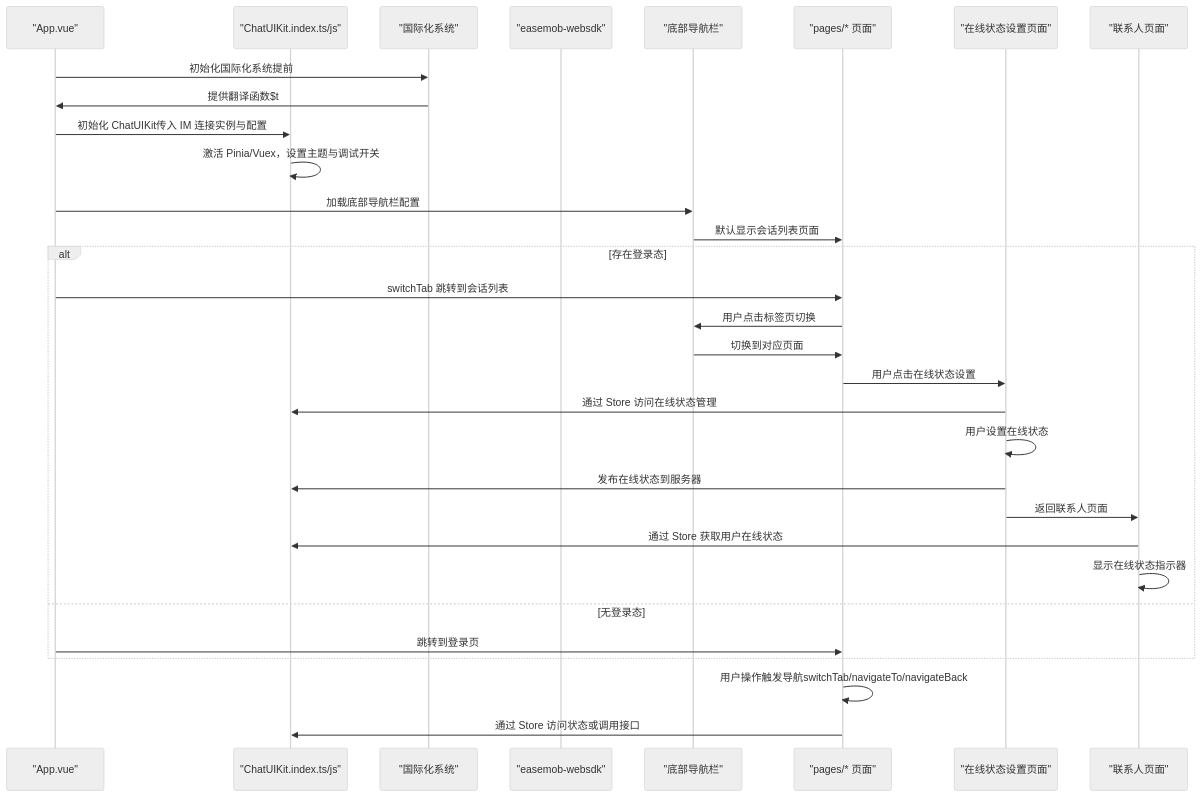
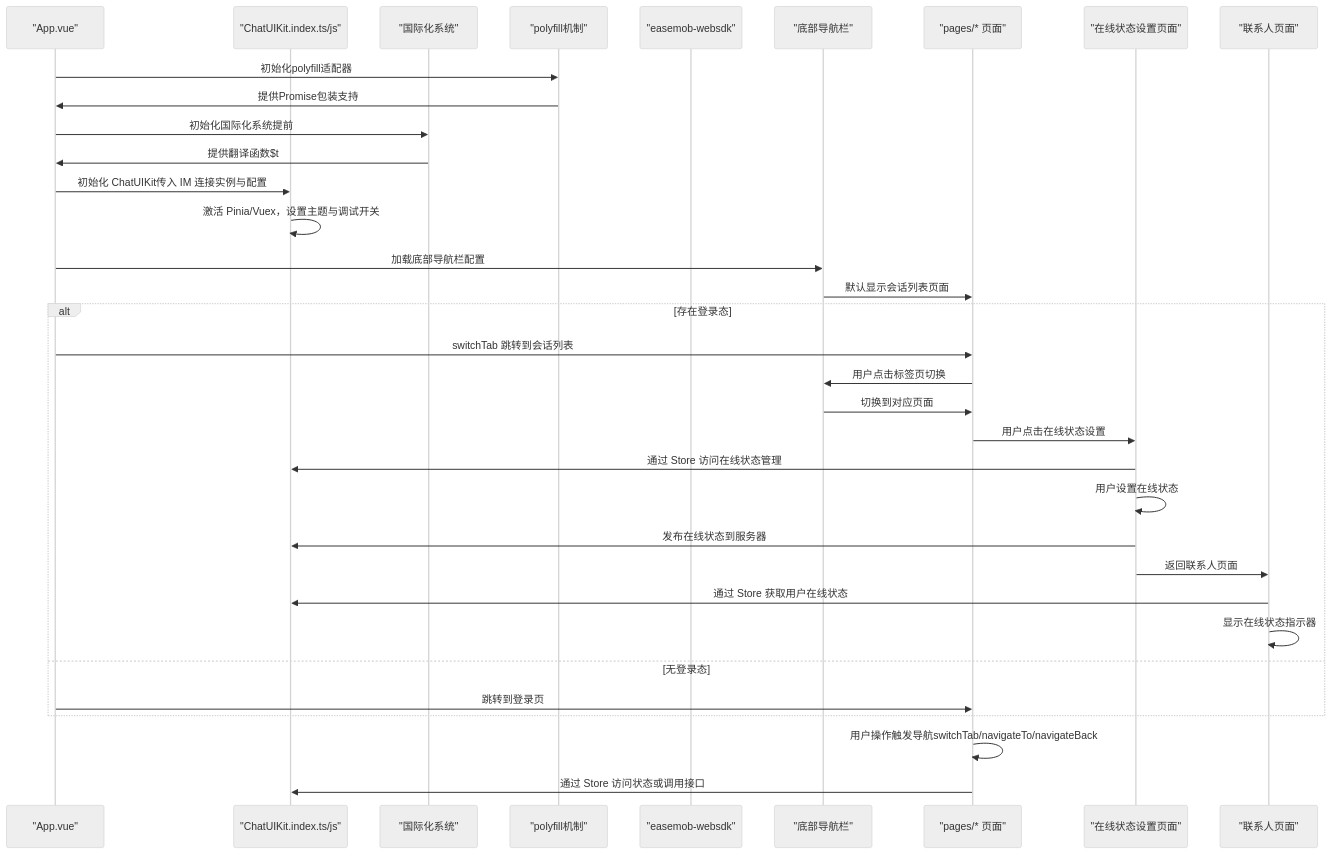
One commit to Easemob-Community/easemob-uikit-uniapp-community changed the second of 16 diagrams in .qoder/repowiki/zh/content/示例应用/示例应用.md. Above: the diagram before and after it, drawn with Mermaid (neutral theme). The commit also changed other lines of this file and 10 other files, not shown here.

````diff
--- a/.qoder/repowiki/zh/content/示例应用/示例应用.md
+++ b/.qoder/repowiki/zh/content/示例应用/示例应用.md
@@ -222,33 +236,36 @@
 ```mermaid
 sequenceDiagram
 participant App as "App.vue"
 participant Kit as "ChatUIKit.index.ts/js"
 participant I18n as "国际化系统"
+participant Polyfill as "polyfill机制"
 participant SDK as "easemob-websdk"
 participant TabBar as "底部导航栏"
 participant Page as "pages/* 页面"
 participant Presence as "在线状态设置页面"
 participant Contact as "联系人页面"
+App->>Polyfill : 初始化polyfill适配器
+Polyfill->>App : 提供Promise包装支持
 App->>I18n : 初始化国际化系统提前
 I18n->>App : 提供翻译函数$t
 App->>Kit : 初始化 ChatUIKit传入 IM 连接实例与配置
 Kit->>Kit : 激活 Pinia/Vuex，设置主题与调试开关
 App->>TabBar : 加载底部导航栏配置
 TabBar->>Page : 默认显示会话列表页面
 alt 存在登录态
 App->>Page : switchTab 跳转到会话列表
 Page->>TabBar : 用户点击标签页切换
 TabBar->>Page : 切换到对应页面
 Page->>Presence : 用户点击在线状态设置
 Presence->>Kit : 通过 Store 访问在线状态管理
 Presence->>Presence : 用户设置在线状态
 Presence->>Kit : 发布在线状态到服务器
 Presence->>Contact : 返回联系人页面
 Contact->>Kit : 通过 Store 获取用户在线状态
 Contact->>Contact : 显示在线状态指示器
 else 无登录态
 App->>Page : 跳转到登录页
 end
 Page->>Page : 用户操作触发导航switchTab/navigateTo/navigateBack
 Page->>Kit : 通过 Store 访问状态或调用接口
 ```
````
